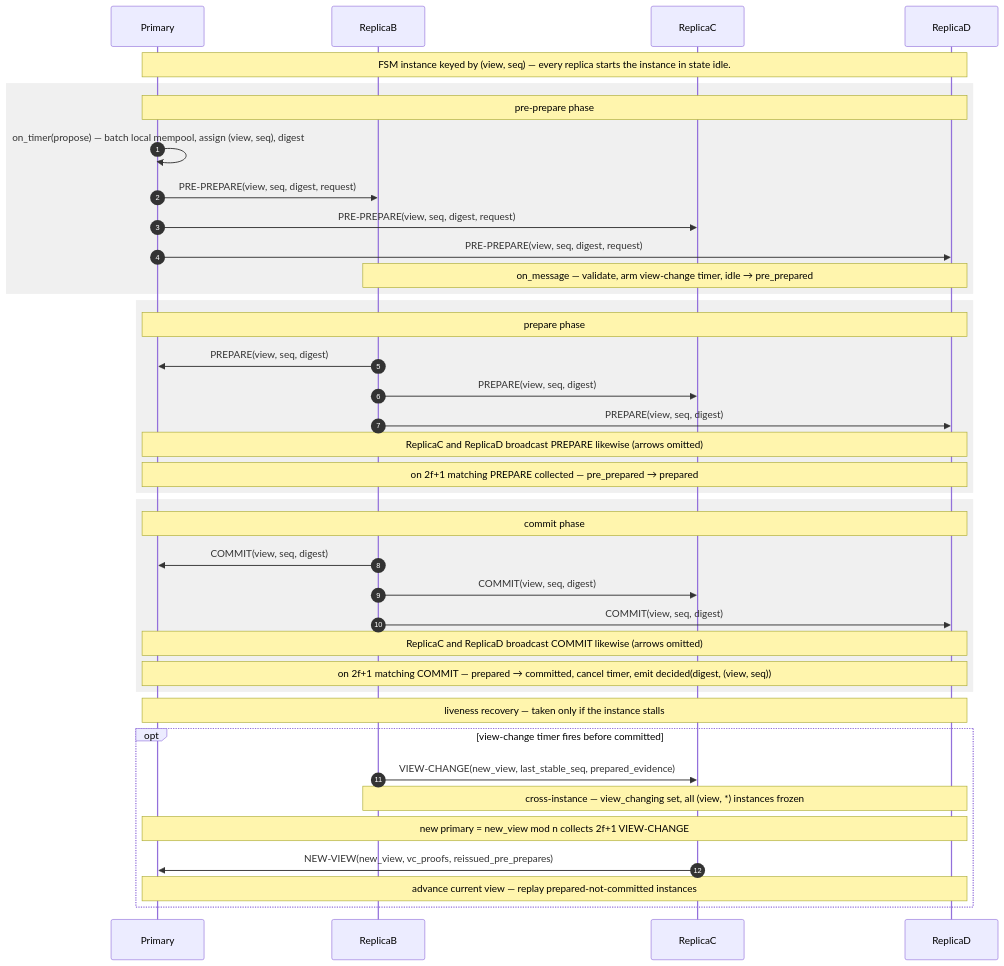
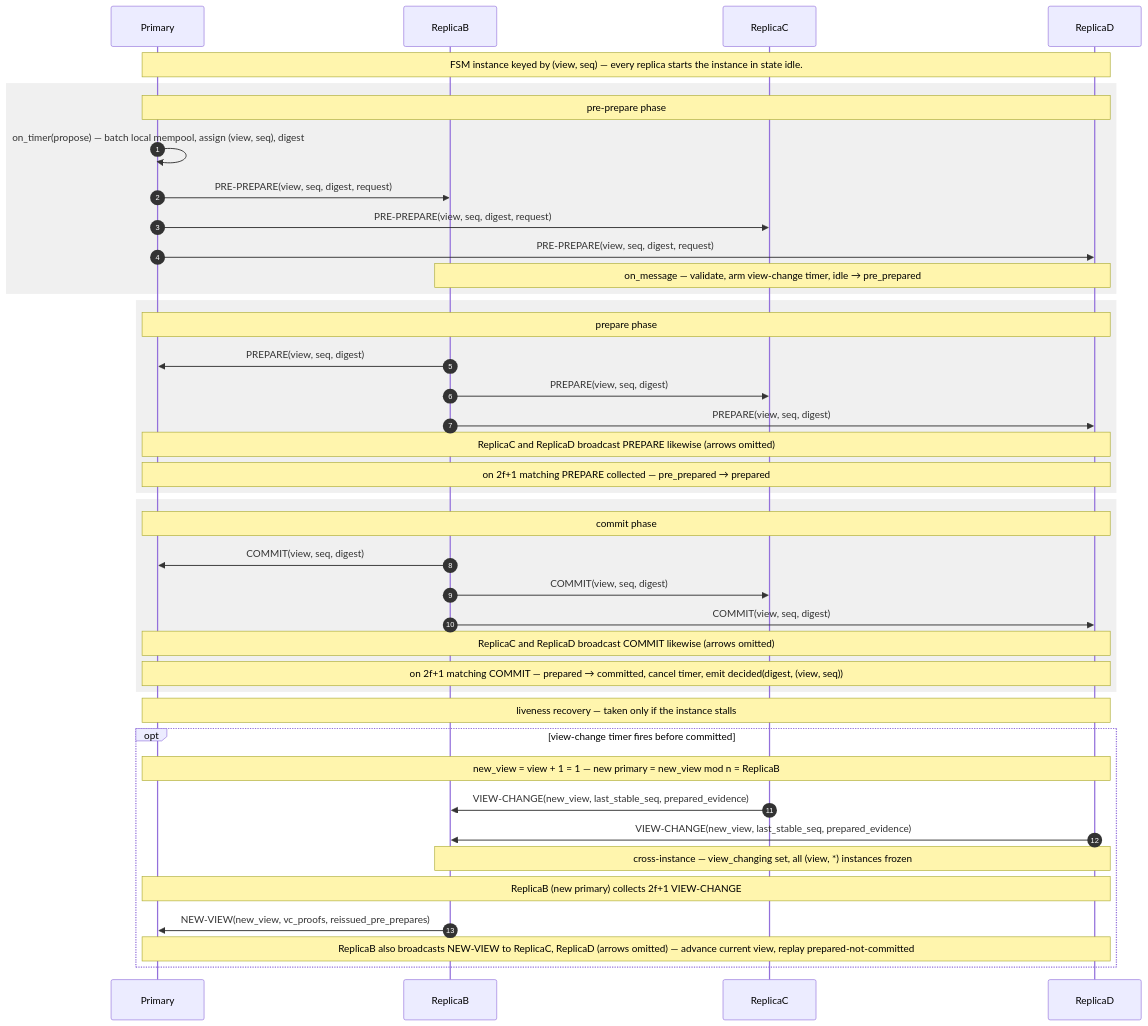
One commit to palhs/thesis changed the diagram in wiki/diagrams/protocols/pbft.md. Above: the diagram before and after it, drawn with Mermaid. The commit also changed 7 other files, not shown here.

First line of the commit message:
wiki: correct and re-render PBFT, Casper FFG, Snowman protocol diagrams

````diff
--- a/wiki/diagrams/protocols/pbft.md
+++ b/wiki/diagrams/protocols/pbft.md
@@ -14,48 +14,50 @@
 ```mermaid
 %% PBFT — three-phase commit for one (view, seq) instance (n=4, f=1, quorum 2f+1=3)
 sequenceDiagram
     autonumber
     participant Primary
     participant ReplicaB
     participant ReplicaC
     participant ReplicaD
 
     Note over Primary,ReplicaD: FSM instance keyed by (view, seq) — every replica starts the instance in state idle.
 
     rect rgb(240,240,240)
         Note over Primary,ReplicaD: pre-prepare phase
         Primary->>Primary: on_timer(propose) — batch local mempool, assign (view, seq), digest
         Primary->>ReplicaB: PRE-PREPARE(view, seq, digest, request)
         Primary->>ReplicaC: PRE-PREPARE(view, seq, digest, request)
         Primary->>ReplicaD: PRE-PREPARE(view, seq, digest, request)
         Note over ReplicaB,ReplicaD: on_message — validate, arm view-change timer, idle → pre_prepared
     end
 
     rect rgb(240,240,240)
         Note over Primary,ReplicaD: prepare phase
         ReplicaB->>Primary: PREPARE(view, seq, digest)
         ReplicaB->>ReplicaC: PREPARE(view, seq, digest)
         ReplicaB->>ReplicaD: PREPARE(view, seq, digest)
         Note over Primary,ReplicaD: ReplicaC and ReplicaD broadcast PREPARE likewise (arrows omitted)
         Note over Primary,ReplicaD: on 2f+1 matching PREPARE collected — pre_prepared → prepared
     end
 
     rect rgb(240,240,240)
         Note over Primary,ReplicaD: commit phase
         ReplicaB->>Primary: COMMIT(view, seq, digest)
         ReplicaB->>ReplicaC: COMMIT(view, seq, digest)
         ReplicaB->>ReplicaD: COMMIT(view, seq, digest)
         Note over Primary,ReplicaD: ReplicaC and ReplicaD broadcast COMMIT likewise (arrows omitted)
         Note over Primary,ReplicaD: on 2f+1 matching COMMIT — prepared → committed, cancel timer, emit decided(digest, (view, seq))
     end
 
     Note over Primary,ReplicaD: liveness recovery — taken only if the instance stalls
 
     opt view-change timer fires before committed
-        ReplicaB->>ReplicaC: VIEW-CHANGE(new_view, last_stable_seq, prepared_evidence)
+        Note over Primary,ReplicaD: new_view = view + 1 = 1 — new primary = new_view mod n = ReplicaB
+        ReplicaC->>ReplicaB: VIEW-CHANGE(new_view, last_stable_seq, prepared_evidence)
+        ReplicaD->>ReplicaB: VIEW-CHANGE(new_view, last_stable_seq, prepared_evidence)
         Note over ReplicaB,ReplicaD: cross-instance — view_changing set, all (view, *) instances frozen
-        Note over Primary,ReplicaD: new primary = new_view mod n collects 2f+1 VIEW-CHANGE
-        ReplicaC->>Primary: NEW-VIEW(new_view, vc_proofs, reissued_pre_prepares)
-        Note over Primary,ReplicaD: advance current view — replay prepared-not-committed instances
+        Note over Primary,ReplicaD: ReplicaB (new primary) collects 2f+1 VIEW-CHANGE
+        ReplicaB->>Primary: NEW-VIEW(new_view, vc_proofs, reissued_pre_prepares)
+        Note over Primary,ReplicaD: ReplicaB also broadcasts NEW-VIEW to ReplicaC, ReplicaD (arrows omitted) — advance current view, replay prepared-not-committed
     end
 ```
````
